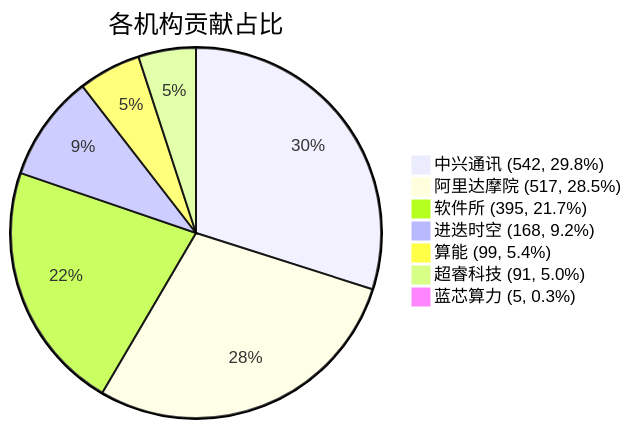
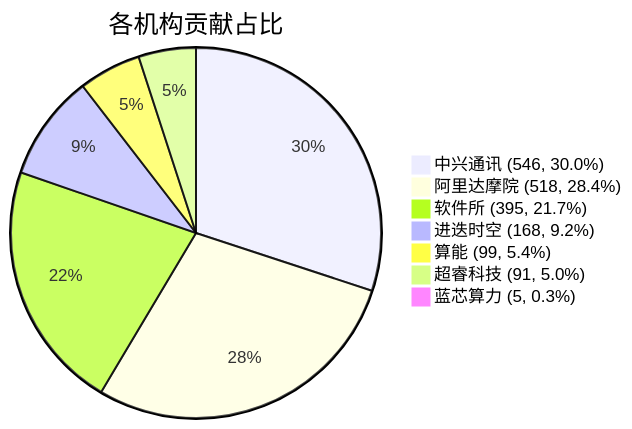
The diagram in docs/index.md (RVCK-Project/rvck), drawn with Mermaid before and after one commit. The commit also changed other lines of this file and 25 other files, not shown here.

````diff
--- a/docs/index.md
+++ b/docs/index.md
@@ -34,10 +34,10 @@
 ```mermaid
 pie title 各机构贡献占比
-    "中兴通讯 (542, 29.8%)" : 542
-    "阿里达摩院 (517, 28.5%)" : 517
+    "中兴通讯 (546, 30.0%)" : 546
+    "阿里达摩院 (518, 28.4%)" : 518
     "软件所 (395, 21.7%)" : 395
     "进迭时空 (168, 9.2%)" : 168
     "算能 (99, 5.4%)" : 99
     "超睿科技 (91, 5.0%)" : 91
     "蓝芯算力 (5, 0.3%)" : 5
 ```
````
